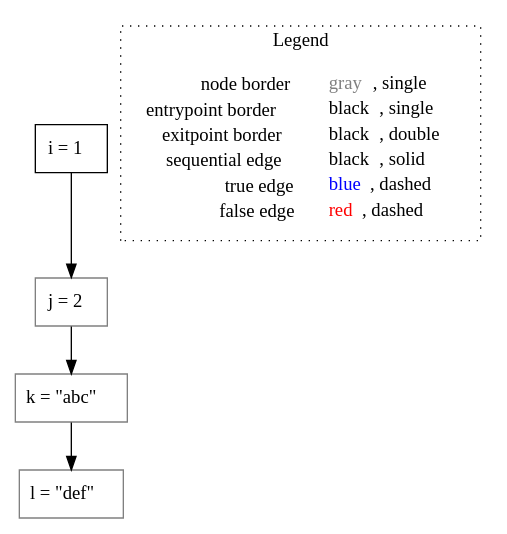
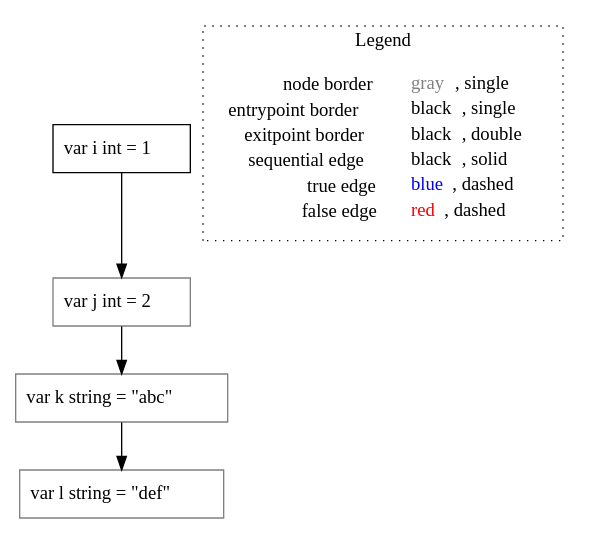
Before and after one commit to lisa-analyzer/go-lisa: the diagram in go-lisa/test-outputs/cfg/decl/untyped_~LiSAProgram.multDecls().dot, drawn with Graphviz. The commit also changed 21 other files, not shown here.

```diff
--- a/go-lisa/test-outputs/cfg/decl/untyped_~LiSAProgram.multDecls().dot
+++ b/go-lisa/test-outputs/cfg/decl/untyped_~LiSAProgram.multDecls().dot
@@ -1,16 +1,16 @@
 digraph {
-	"node0" [shape="rect",color="black",label=<i = 1>];
-	"node1" [shape="rect",color="gray",label=<j = 2>];
-	"node2" [shape="rect",color="gray",label=<l = &quot;def&quot;>];
-	"node3" [shape="rect",color="gray",label=<k = &quot;abc&quot;>];
-	"node1" -> "node3" [color="black"];
+	"node0" [shape="rect",color="black",label=<var i int = 1>];
+	"node1" [shape="rect",color="gray",label=<var j int = 2>];
+	"node2" [shape="rect",color="gray",label=<var k string = &quot;abc&quot;>];
+	"node3" [shape="rect",color="gray",label=<var l string = &quot;def&quot;>];
+	"node1" -> "node2" [color="black"];
 	"node0" -> "node1" [color="black"];
-	"node3" -> "node2" [color="black"];
+	"node2" -> "node3" [color="black"];
 subgraph cluster_legend {
 	label="Legend";
 	style=dotted;
 	node [shape=plaintext];
 	"legend" [label=<<table border="0" cellpadding="2" cellspacing="0" cellborder="0"><tr><td align="right">node border&nbsp;</td><td align="left"><font color="gray">gray</font>, single</td></tr><tr><td align="right">entrypoint border&nbsp;</td><td align="left"><font color="black">black</font>, single</td></tr><tr><td align="right">exitpoint border&nbsp;</td><td align="left"><font color="black">black</font>, double</td></tr><tr><td align="right">sequential edge&nbsp;</td><td align="left"><font color="black">black</font>, solid</td></tr><tr><td align="right">true edge&nbsp;</td><td align="left"><font color="blue">blue</font>, dashed</td></tr><tr><td align="right">false edge&nbsp;</td><td align="left"><font color="red">red</font>, dashed</td></tr></table>>];
 }
 
 }
```
